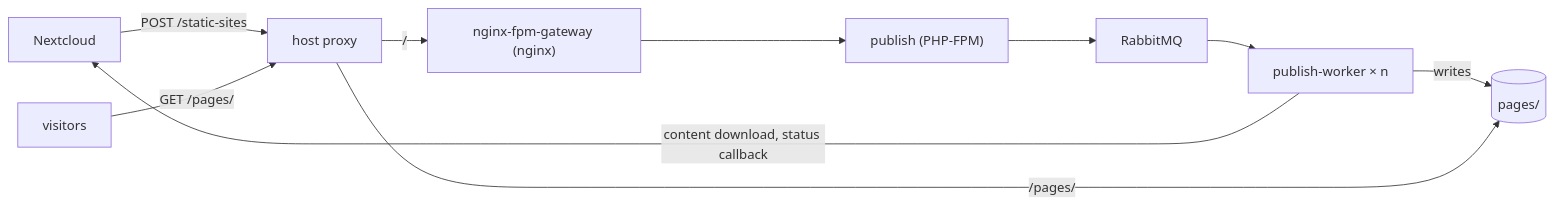
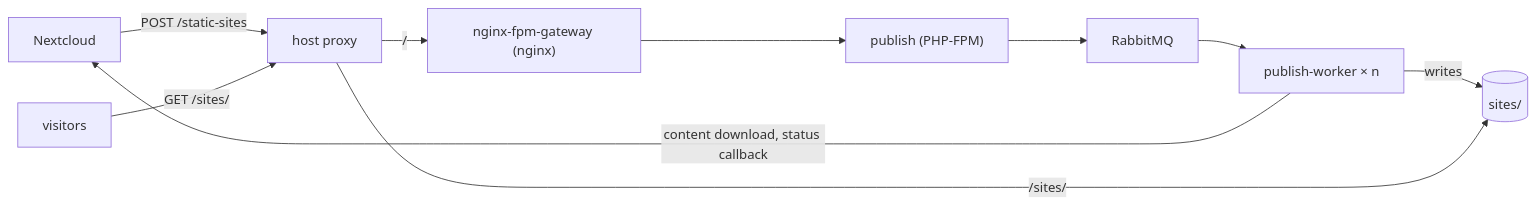
One commit to nextcloud-publish/publish changed the diagram in docs/wiki/How-it-works.md. Above: the diagram before and after it, drawn with Mermaid. The commit also changed other lines of this file and 15 other files, not shown here.

````diff
--- a/docs/wiki/How-it-works.md
+++ b/docs/wiki/How-it-works.md
@@ -6,12 +6,12 @@
 ```mermaid
 flowchart LR
     nextcloud[Nextcloud] -- "POST /static-sites" --> proxy[host proxy]
-    visitors[visitors] -- "GET /pages/" --> proxy
+    visitors[visitors] -- "GET /sites/" --> proxy
     proxy -- "/" --> gateway["nginx-fpm-gateway (nginx)"]
     gateway --> publish["publish (PHP-FPM)"]
     publish --> rabbitmq[RabbitMQ]
     rabbitmq --> worker["publish-worker × n"]
     worker -- "content download, status callback" --> nextcloud
-    worker -- writes --> pages[("pages/")]
-    proxy -- "/pages/" --> pages
+    worker -- writes --> sites[("sites/")]
+    proxy -- "/sites/" --> sites
 ```
````
